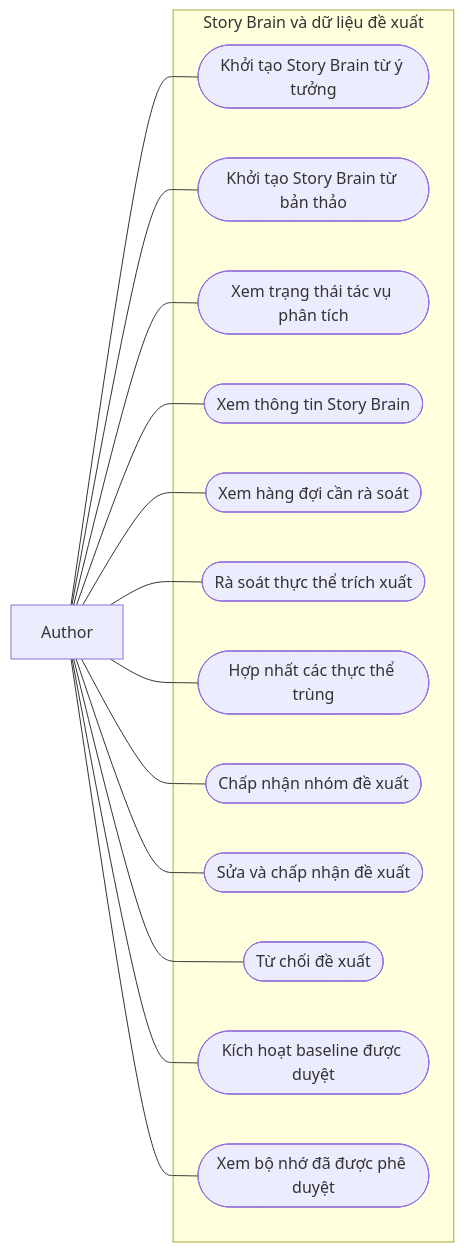
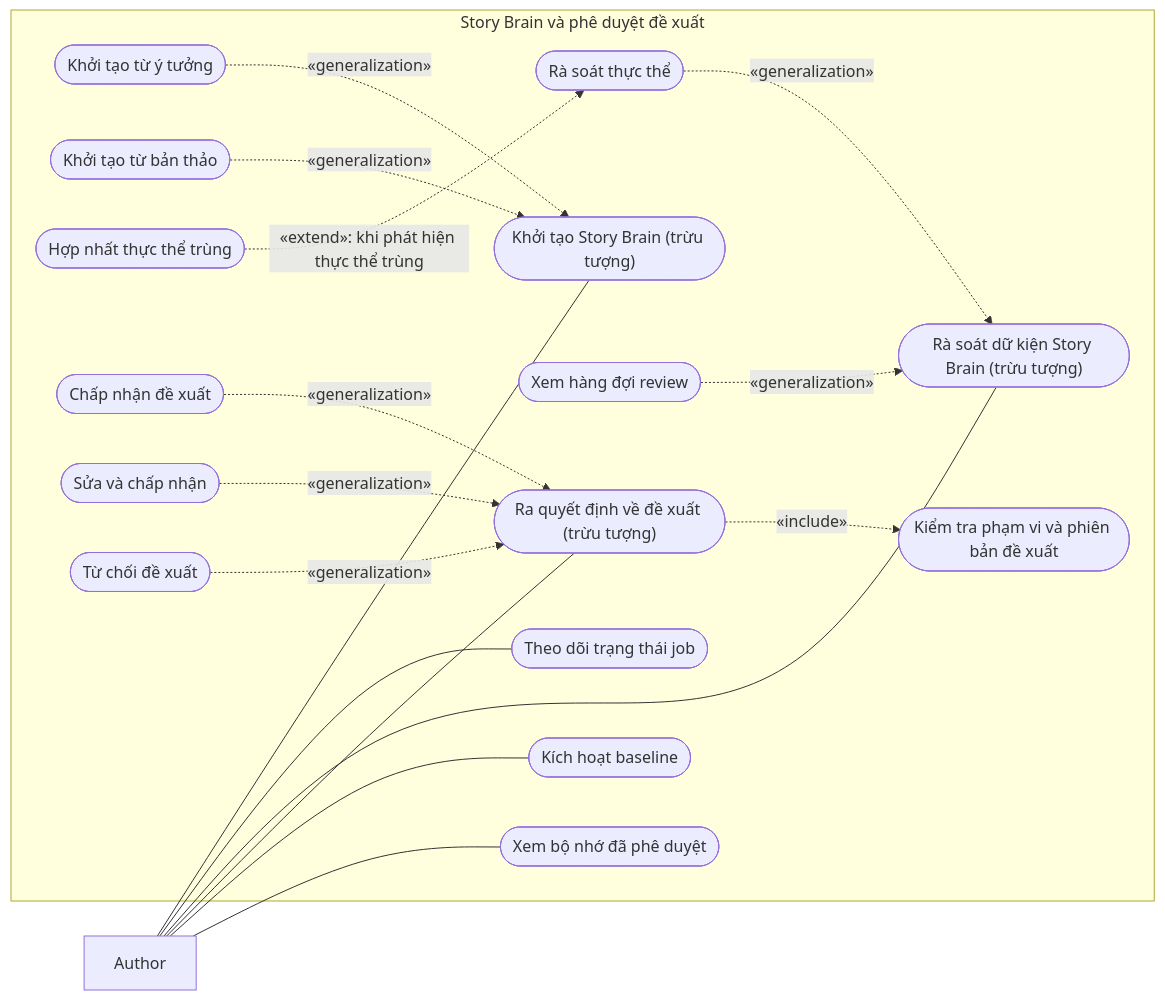
One commit to Ephurin/Novel_sharing_platform changed the first of 2 diagrams in docs/chuong-3-so-do/01c-usecase-ai.md. Above: the diagram before and after it, drawn with Mermaid. The commit also changed other lines of this file, not shown here.

Commit message:
docs: correct use case hierarchy and UML relationships

````diff
--- a/docs/chuong-3-so-do/01c-usecase-ai.md
+++ b/docs/chuong-3-so-do/01c-usecase-ai.md
@@ -7,30 +7,36 @@
 ```mermaid
 flowchart LR
     A["Author"]
-    subgraph SYS["Story Brain và dữ liệu đề xuất"]
-        U1(["Khởi tạo Story Brain từ ý tưởng"])
-        U2(["Khởi tạo Story Brain từ bản thảo"])
-        U3(["Xem trạng thái tác vụ phân tích"])
-        U4(["Xem thông tin Story Brain"])
-        U5(["Xem hàng đợi cần rà soát"])
-        U6(["Rà soát thực thể trích xuất"])
-        U7(["Hợp nhất các thực thể trùng"])
-        U8(["Chấp nhận nhóm đề xuất"])
-        U9(["Sửa và chấp nhận đề xuất"])
-        U10(["Từ chối đề xuất"])
-        U11(["Kích hoạt baseline được duyệt"])
-        U12(["Xem bộ nhớ đã được phê duyệt"])
+    subgraph SYS["Story Brain và phê duyệt đề xuất"]
+        U1(["Khởi tạo Story Brain (trừu tượng)"])
+        U2(["Khởi tạo từ ý tưởng"])
+        U3(["Khởi tạo từ bản thảo"])
+        U4(["Theo dõi trạng thái job"])
+        U5(["Rà soát dữ kiện Story Brain (trừu tượng)"])
+        U6(["Xem hàng đợi review"])
+        U7(["Rà soát thực thể"])
+        U8(["Hợp nhất thực thể trùng"])
+        U9(["Ra quyết định về đề xuất (trừu tượng)"])
+        U10(["Chấp nhận đề xuất"])
+        U11(["Sửa và chấp nhận"])
+        U12(["Từ chối đề xuất"])
+        U13(["Kiểm tra phạm vi và phiên bản đề xuất"])
+        U14(["Kích hoạt baseline"])
+        U15(["Xem bộ nhớ đã phê duyệt"])
     end
     A --- U1
-    A --- U2
-    A --- U3
     A --- U4
     A --- U5
-    A --- U6
-    A --- U7
-    A --- U8
     A --- U9
-    A --- U10
-    A --- U11
-    A --- U12
+    A --- U14
+    A --- U15
+    U2 -.->|"«generalization»"| U1
+    U3 -.->|"«generalization»"| U1
+    U6 -.->|"«generalization»"| U5
+    U7 -.->|"«generalization»"| U5
+    U8 -.->|"«extend»: khi phát hiện thực thể trùng"| U7
+    U10 -.->|"«generalization»"| U9
+    U11 -.->|"«generalization»"| U9
+    U12 -.->|"«generalization»"| U9
+    U9 -.->|"«include»"| U13
 ```
````
